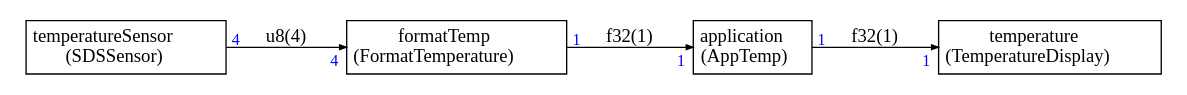
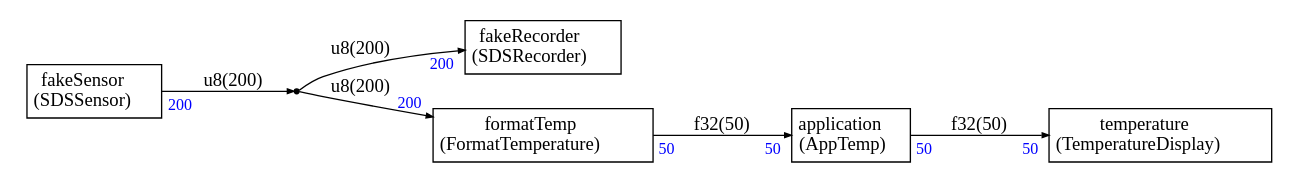
The diagram in demo/Stream/demo.dot (christophe0606/SDS-Framework), drawn with Graphviz before and after one commit. The commit also changed 22 other files, not shown here.

Commit message:
Experiment with a fake sensor to study clock drift effects.

```diff
--- a/demo/Stream/demo.dot
+++ b/demo/Stream/demo.dot
@@ -1,61 +1,82 @@
 
 
 
 
 digraph structs {
     node [shape=plaintext]
     rankdir=LR
     edge [arrowsize=0.5]
     fontname="times"
 
 
 application [label=<
 <TABLE BORDER="0" CELLBORDER="1" CELLSPACING="0" CELLPADDING="4">
   <TR>
     <TD ALIGN="CENTER" PORT="i">application<BR/>(AppTemp)</TD>
   </TR>
 </TABLE>>];
 
+dup0 [shape=point,label=dup0]
+
+fakeRecorder [label=<
+<TABLE BORDER="0" CELLBORDER="1" CELLSPACING="0" CELLPADDING="4">
+  <TR>
+    <TD ALIGN="CENTER" PORT="i">fakeRecorder<BR/>(SDSRecorder)</TD>
+  </TR>
+</TABLE>>];
+
+fakeSensor [label=<
+<TABLE BORDER="0" CELLBORDER="1" CELLSPACING="0" CELLPADDING="4">
+  <TR>
+    <TD ALIGN="CENTER" PORT="i">fakeSensor<BR/>(SDSSensor)</TD>
+  </TR>
+</TABLE>>];
+
 formatTemp [label=<
 <TABLE BORDER="0" CELLBORDER="1" CELLSPACING="0" CELLPADDING="4">
   <TR>
     <TD ALIGN="CENTER" PORT="i">formatTemp<BR/>(FormatTemperature)</TD>
   </TR>
 </TABLE>>];
 
 temperature [label=<
 <TABLE BORDER="0" CELLBORDER="1" CELLSPACING="0" CELLPADDING="4">
   <TR>
     <TD ALIGN="CENTER" PORT="i">temperature<BR/>(TemperatureDisplay)</TD>
   </TR>
 </TABLE>>];
 
-temperatureSensor [label=<
-<TABLE BORDER="0" CELLBORDER="1" CELLSPACING="0" CELLPADDING="4">
-  <TR>
-    <TD ALIGN="CENTER" PORT="i">temperatureSensor<BR/>(SDSSensor)</TD>
-  </TR>
-</TABLE>>];
 
 
-
-temperatureSensor:i -> formatTemp:i [label="u8(4)"
-,headlabel=<<TABLE BORDER="0" CELLPADDING="2"><TR><TD><FONT COLOR="blue" POINT-SIZE="12.0" >4</FONT>
+formatTemp:i -> application:i [label="f32(50)"
+,headlabel=<<TABLE BORDER="0" CELLPADDING="2"><TR><TD><FONT COLOR="blue" POINT-SIZE="12.0" >50</FONT>
 </TD></TR></TABLE>>
-,taillabel=<<TABLE BORDER="0" CELLPADDING="2"><TR><TD><FONT COLOR="blue" POINT-SIZE="12.0" >4</FONT>
+,taillabel=<<TABLE BORDER="0" CELLPADDING="2"><TR><TD><FONT COLOR="blue" POINT-SIZE="12.0" >50</FONT>
 </TD></TR></TABLE>>]
 
-formatTemp:i -> application:i [label="f32(1)"
-,headlabel=<<TABLE BORDER="0" CELLPADDING="2"><TR><TD><FONT COLOR="blue" POINT-SIZE="12.0" >1</FONT>
+application:i -> temperature:i [label="f32(50)"
+,headlabel=<<TABLE BORDER="0" CELLPADDING="2"><TR><TD><FONT COLOR="blue" POINT-SIZE="12.0" >50</FONT>
 </TD></TR></TABLE>>
-,taillabel=<<TABLE BORDER="0" CELLPADDING="2"><TR><TD><FONT COLOR="blue" POINT-SIZE="12.0" >1</FONT>
+,taillabel=<<TABLE BORDER="0" CELLPADDING="2"><TR><TD><FONT COLOR="blue" POINT-SIZE="12.0" >50</FONT>
 </TD></TR></TABLE>>]
 
-application:i -> temperature:i [label="f32(1)"
-,headlabel=<<TABLE BORDER="0" CELLPADDING="2"><TR><TD><FONT COLOR="blue" POINT-SIZE="12.0" >1</FONT>
+fakeSensor:i ->  
+dup0 [label="u8(200)"
+
+,taillabel=<<TABLE BORDER="0" CELLPADDING="2"><TR><TD><FONT COLOR="blue" POINT-SIZE="12.0" >200</FONT>
+</TD></TR></TABLE>>]
+
+ 
+dup0 -> formatTemp:i [label="u8(200)"
+,headlabel=<<TABLE BORDER="0" CELLPADDING="2"><TR><TD><FONT COLOR="blue" POINT-SIZE="12.0" >200</FONT>
 </TD></TR></TABLE>>
-,taillabel=<<TABLE BORDER="0" CELLPADDING="2"><TR><TD><FONT COLOR="blue" POINT-SIZE="12.0" >1</FONT>
-</TD></TR></TABLE>>]
+]
+
+ 
+dup0 -> fakeRecorder:i [label="u8(200)"
+,headlabel=<<TABLE BORDER="0" CELLPADDING="2"><TR><TD><FONT COLOR="blue" POINT-SIZE="12.0" >200</FONT>
+</TD></TR></TABLE>>
+]
 
 
 }
```
